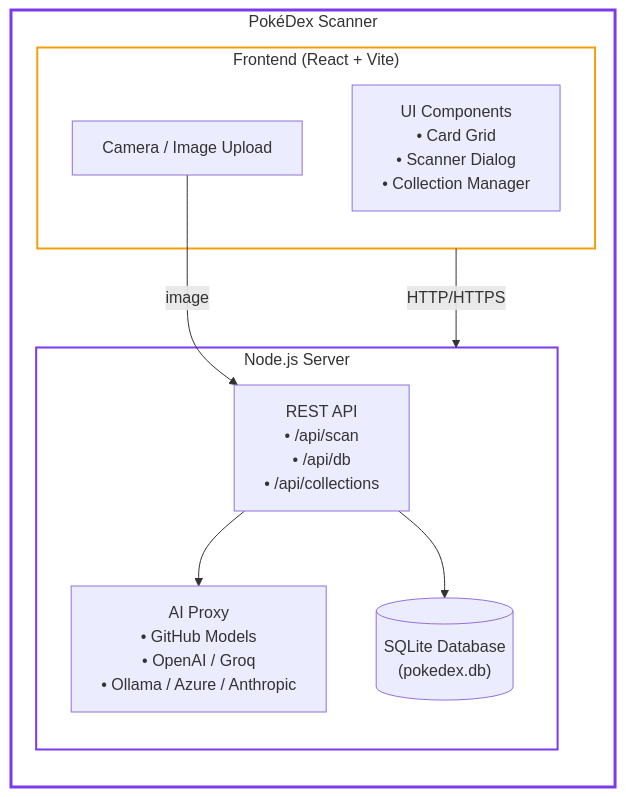
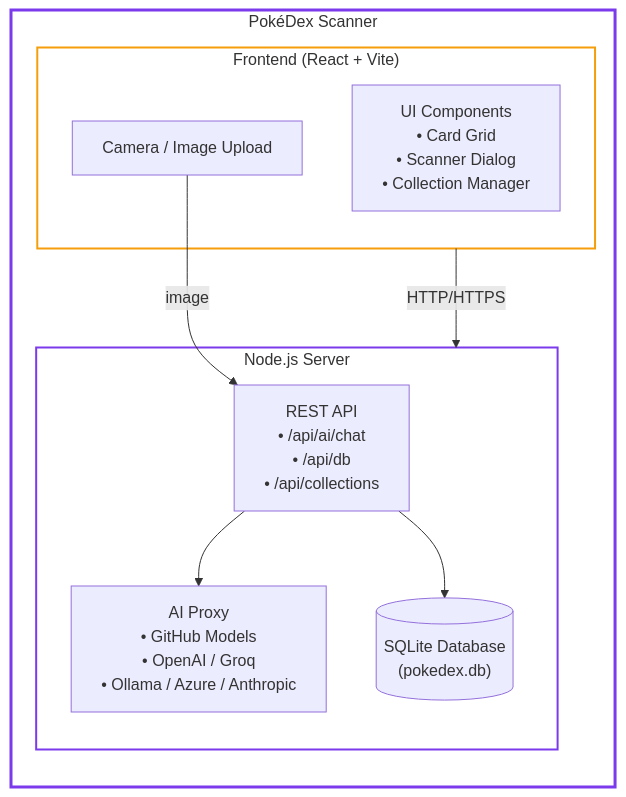
The diagram in docs/index.md (pacorreia/pokemon-card-scanner), drawn with Mermaid before and after one commit. The commit also changed 3 other files, not shown here.

````diff
--- a/docs/index.md
+++ b/docs/index.md
@@ -49,26 +49,26 @@
 ```mermaid
 graph TB
     subgraph app["PokéDex Scanner"]
         direction TB
 
         subgraph frontend["Frontend (React + Vite)"]
             ui["UI Components<br/>• Card Grid<br/>• Scanner Dialog<br/>• Collection Manager"]
             cam["Camera / Image Upload"]
         end
 
         subgraph server["Node.js Server"]
-            api["REST API<br/>• /api/scan<br/>• /api/db<br/>• /api/collections"]
+            api["REST API<br/>• /api/ai/chat<br/>• /api/db<br/>• /api/collections"]
             aiProxy["AI Proxy<br/>• GitHub Models<br/>• OpenAI / Groq<br/>• Ollama / Azure / Anthropic"]
             db[("SQLite Database<br/>(pokedex.db)")]
         end
 
         frontend -->|HTTP/HTTPS| server
         cam -->|image| api
         api --> aiProxy
         api --> db
     end
 
     style app fill:none,stroke:#7c3aed,stroke-width:3px
     style frontend fill:none,stroke:#f59e0b,stroke-width:2px
     style server fill:none,stroke:#7c3aed,stroke-width:2px
 ```
````
